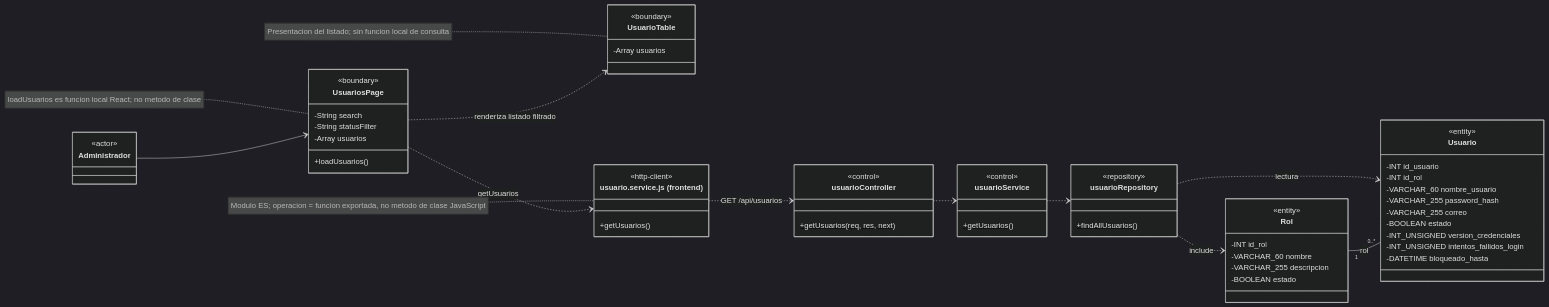
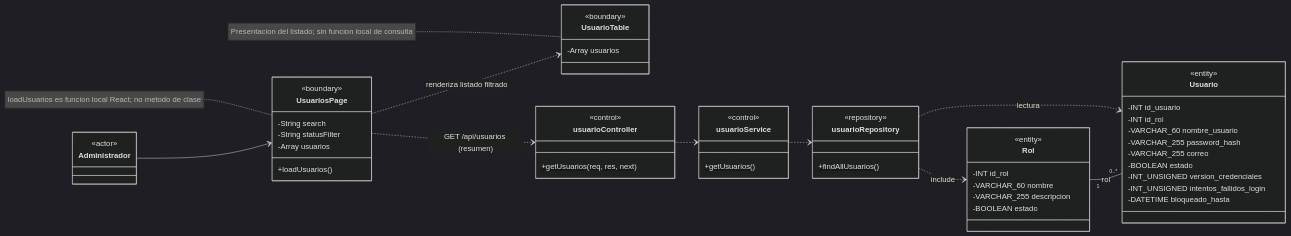
One commit to CreepyBowDev/cadefar-inventory-system changed the fourth of 34 diagrams in docs/ai/analisis-clases-academico.md. Above: the diagram before and after it, drawn with Mermaid (dark theme). The commit also changed other lines of this file, not shown here.

````diff
--- a/docs/ai/analisis-clases-academico.md
+++ b/docs/ai/analisis-clases-academico.md
@@ -426,63 +410,57 @@
 ```mermaid
 classDiagram
     direction LR
     class Administrador { <<actor>> }
     class UsuariosPage {
         <<boundary>>
         -String search
         -String statusFilter
         -Array usuarios
         +loadUsuarios()
     }
     class UsuarioTable {
         <<boundary>>
         -Array usuarios
-    }
-    class usuarioHttpClient["usuario.service.js (frontend)"] {
-        <<http-client>>
-        +getUsuarios()
     }
     class usuarioController {
         <<control>>
         +getUsuarios(req, res, next)$
     }
     class usuarioService {
         <<control>>
         +getUsuarios()$
     }
     class usuarioRepository {
         <<repository>>
         +findAllUsuarios()$
     }
     class Usuario {
         <<entity>>
         -INT id_usuario
         -INT id_rol
         -VARCHAR_60 nombre_usuario
         -VARCHAR_255 password_hash
         -VARCHAR_255 correo
         -BOOLEAN estado
         -INT_UNSIGNED version_credenciales
         -INT_UNSIGNED intentos_fallidos_login
         -DATETIME bloqueado_hasta
     }
     class Rol {
         <<entity>>
         -INT id_rol
         -VARCHAR_60 nombre
         -VARCHAR_255 descripcion
         -BOOLEAN estado
     }
     Administrador --> UsuariosPage
     UsuariosPage ..> UsuarioTable : renderiza listado filtrado
-    UsuariosPage ..> usuarioHttpClient : getUsuarios
-    usuarioHttpClient ..> usuarioController : GET /api/usuarios
+    UsuariosPage ..> usuarioController : GET /api/usuarios (resumen)
     usuarioController ..> usuarioService
     usuarioService ..> usuarioRepository
     usuarioRepository ..> Usuario : lectura
     usuarioRepository ..> Rol : include
     Rol "1" -- "0..*" Usuario : rol
     note for UsuariosPage "loadUsuarios es funcion local React; no metodo de clase"
     note for UsuarioTable "Presentacion del listado; sin funcion local de consulta"
-    note for usuarioHttpClient "Modulo ES; operacion = funcion exportada, no metodo de clase JavaScript"
 ```
````
